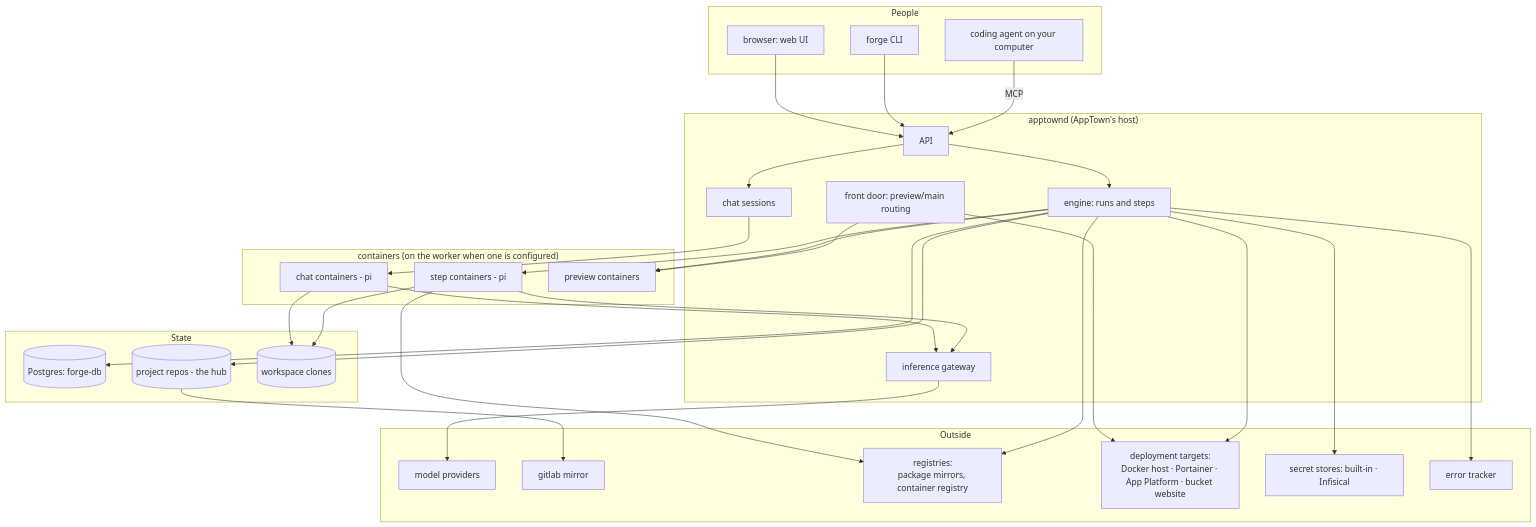
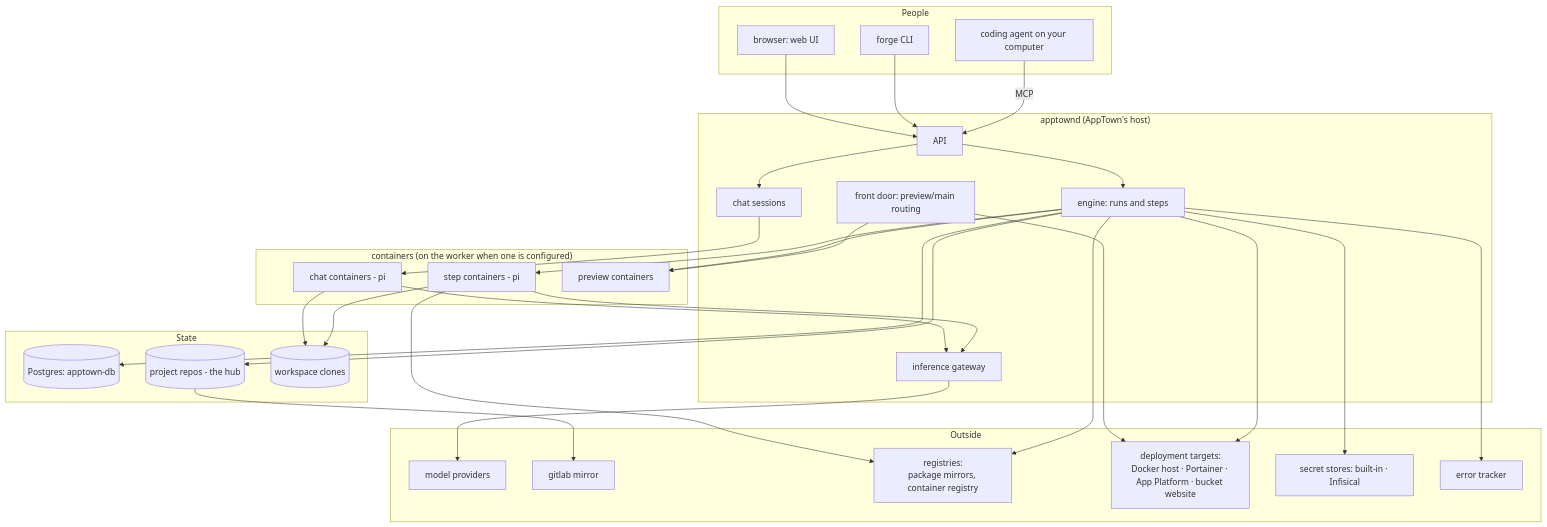
The first of 14 diagrams in stock/docs/guides/architecture.md (flokkit/apptown), drawn with Mermaid before and after one commit. The commit also changed 328 other files, not shown here.

````diff
--- a/stock/docs/guides/architecture.md
+++ b/stock/docs/guides/architecture.md
@@ -25,58 +25,58 @@
 ```mermaid
 flowchart TD
     subgraph People
         B[browser: web UI]
         C[forge CLI]
         AG[coding agent on your computer]
     end
     subgraph apptownd["apptownd (AppTown's host)"]
         API[API]
         ENG[engine: runs and steps]
         CON[chat sessions]
         VH[front door: preview/main routing]
         GW[inference gateway]
     end
     subgraph Containers["containers (on the worker when one is configured)"]
         CC[chat containers - pi]
         SC[step containers - pi]
         PV[preview containers]
     end
     subgraph State
-        DB[(Postgres: forge-db)]
+        DB[(Postgres: apptown-db)]
         HUB[(project repos - the hub)]
         WS[(workspace clones)]
     end
     subgraph Outside
         M[model providers]
         GL[gitlab mirror]
         NX[registries:
 package mirrors, container registry]
         TG[deployment targets:
 Docker host · Portainer · App Platform · bucket website]
         SS[secret stores: built-in · Infisical]
         ER[error tracker]
     end
     B --> API
     C --> API
     AG -->|MCP| API
     API --> ENG
     API --> CON
     ENG --> SC
     CON --> CC
     ENG --> PV
     VH --> PV
     VH --> TG
     ENG --> DB
     ENG --> HUB
     CC --> WS
     SC --> WS
     CC --> GW
     SC --> GW
     GW --> M
     HUB --> GL
     SC --> NX
     ENG --> NX
     ENG --> TG
     ENG --> SS
     ENG --> ER
 ```
````
